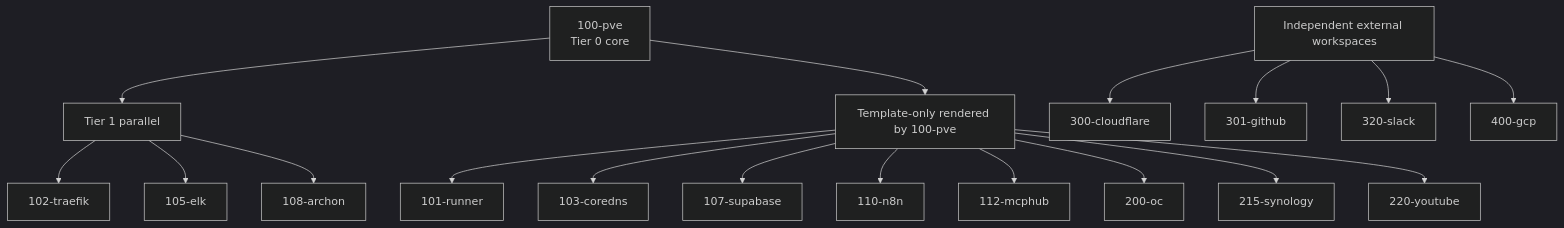
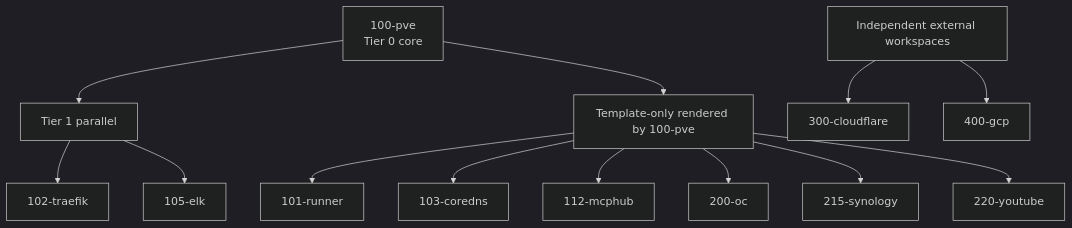
Before and after one commit to jclee941/terraform: the third of 4 diagrams in ARCHITECTURE.md, drawn with Mermaid (dark theme). The commit also changed other lines of this file and 93 other files, not shown here.

````diff
--- a/ARCHITECTURE.md
+++ b/ARCHITECTURE.md
@@ -161,22 +157,17 @@
 ```mermaid
 graph TD
   PVE["100-pve\nTier 0 core"] --> Tier1["Tier 1 parallel"]
   Tier1 --> Traefik["102-traefik"]
   Tier1 --> ELK["105-elk"]
-  Tier1 --> Archon["108-archon"]
 
   PVE --> Template["Template-only rendered by 100-pve"]
   Template --> Runner["101-runner"]
   Template --> CoreDNS["103-coredns"]
-  Template --> Supabase["107-supabase"]
-  Template --> N8N["110-n8n"]
   Template --> MCPHub["112-mcphub"]
   Template --> OC["200-oc"]
   Template --> Synology["215-synology"]
   Template --> YouTube["220-youtube"]
 
   Independent["Independent external workspaces"] --> Cloudflare["300-cloudflare"]
-  Independent --> GitHub["301-github"]
-  Independent --> Slack["320-slack"]
   Independent --> GCP["400-gcp"]
 ```
````
